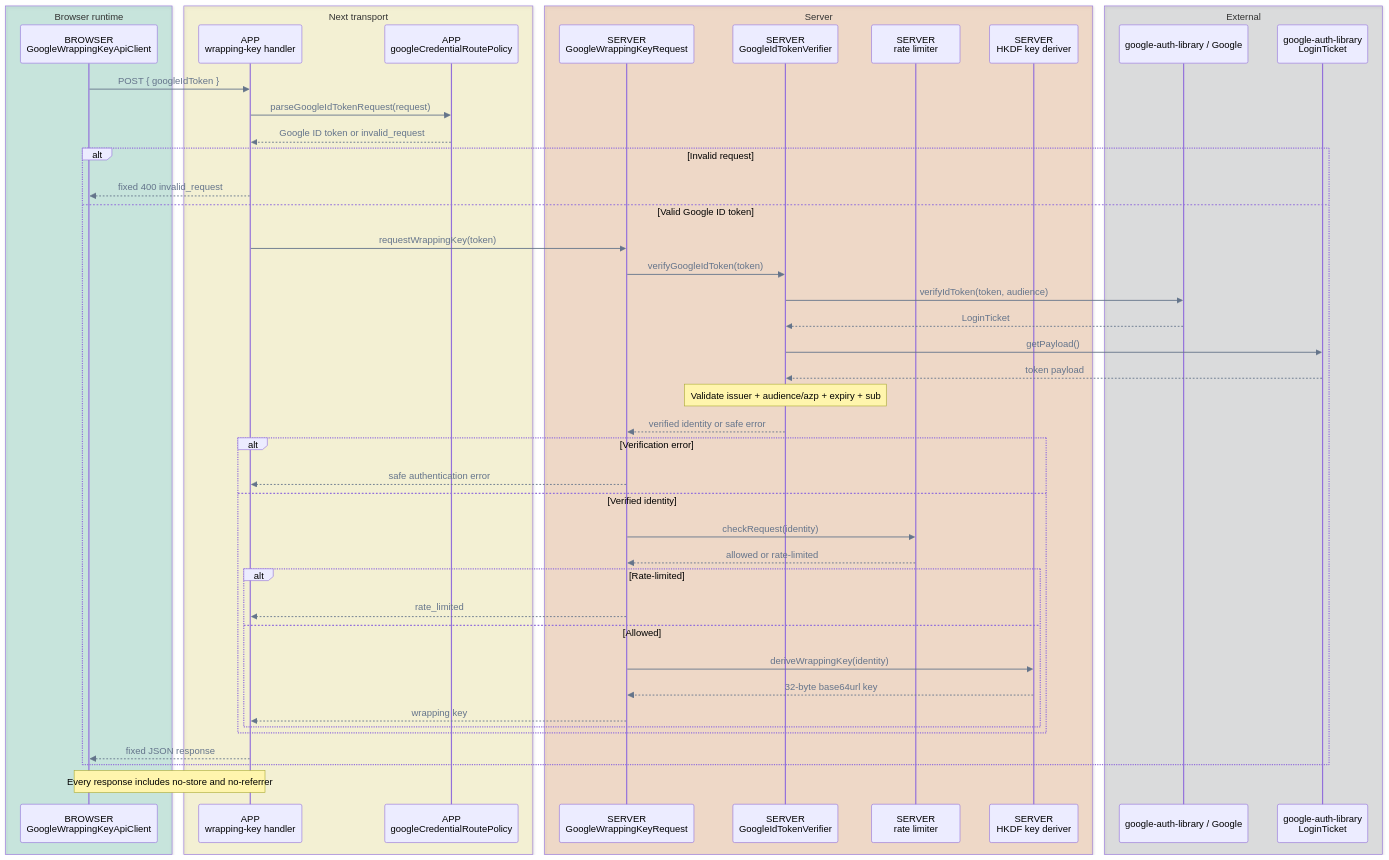
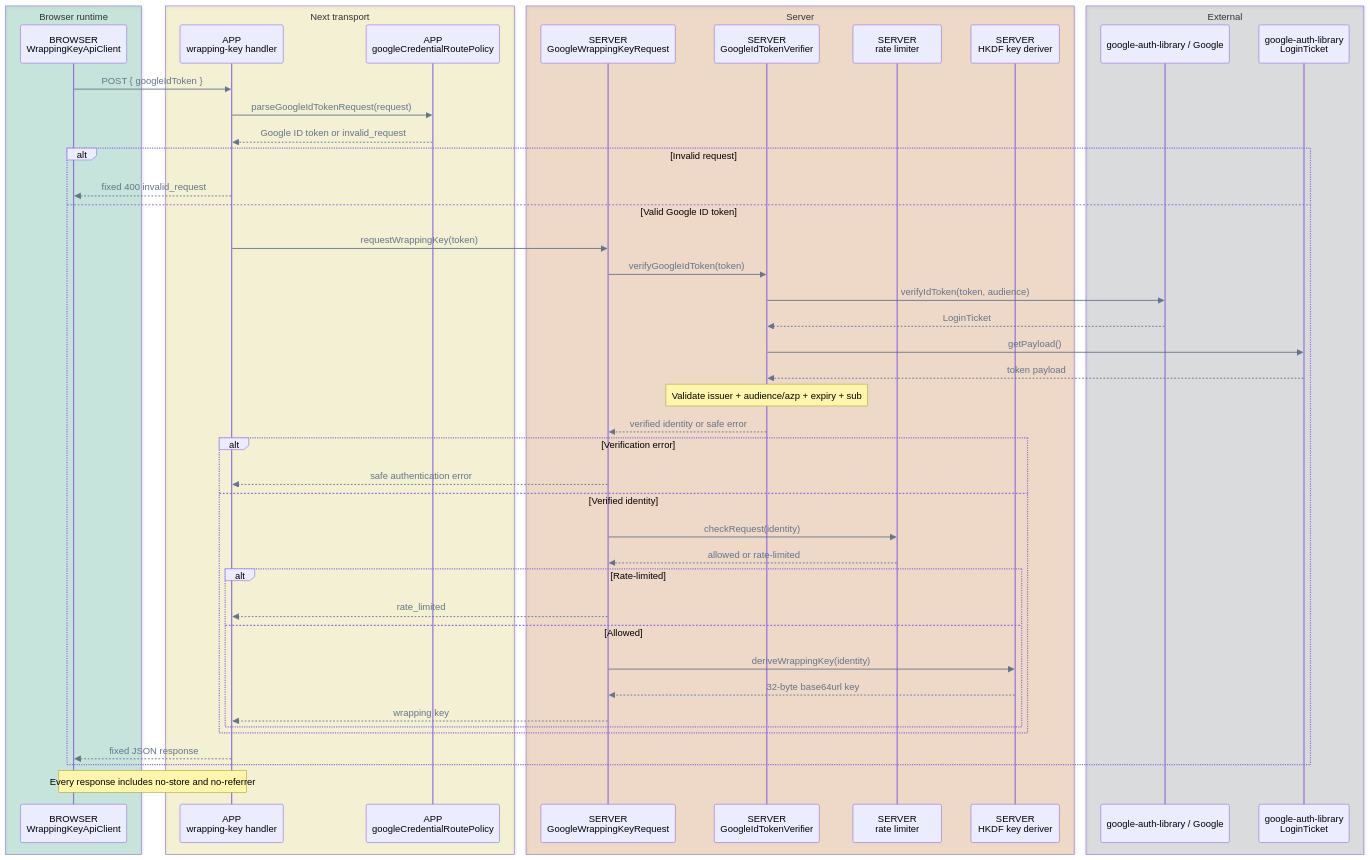
One commit to pubky/pubky-passport changed diagram 13 of 14 in FLOWS.md. Above: the diagram before and after it, drawn with Mermaid. The commit also changed other lines of this file and 8 other files, not shown here.

Commit message:
refactor: rename GoogleWrappingKeyApiClient to WrappingKeyApiClient and update related references

````diff
--- a/FLOWS.md
+++ b/FLOWS.md
@@ -770,54 +770,54 @@
 ```mermaid
 %%{init: {"themeVariables": {"signalColor": "#64748B", "signalTextColor": "#64748B"}}}%%
 sequenceDiagram
     accTitle: Google wrapping-key API call flow
     accDescr: The route validates its request, verifies provider-account claims, applies a keyed identity rate limit, and derives a wrapping key with HKDF.
     box rgba(0, 158, 115, 0.18) Browser runtime
-        participant Browser as BROWSER<br/>GoogleWrappingKeyApiClient
+        participant Browser as BROWSER<br/>WrappingKeyApiClient
     end
     box rgba(240, 228, 66, 0.18) Next transport
         participant Handler as APP<br/>wrapping-key handler
         participant Policy as APP<br/>googleCredentialRoutePolicy
     end
     box rgba(213, 94, 0, 0.18) Server
         participant Request as SERVER<br/>GoogleWrappingKeyRequest
         participant Verifier as SERVER<br/>GoogleIdTokenVerifier
         participant Limiter as SERVER<br/>rate limiter
         participant Deriver as SERVER<br/>HKDF key deriver
     end
     box rgba(17, 24, 39, 0.12) External
         participant Google as google-auth-library / Google
         participant Ticket as google-auth-library<br/>LoginTicket
     end
 
     Browser->>Handler: POST { googleIdToken }
     Handler->>Policy: parseGoogleIdTokenRequest(request)
     Policy-->>Handler: Google ID token or invalid_request
     alt Invalid request
         Handler-->>Browser: fixed 400 invalid_request
     else Valid Google ID token
         Handler->>Request: requestWrappingKey(token)
         Request->>Verifier: verifyGoogleIdToken(token)
         Verifier->>Google: verifyIdToken(token, audience)
         Google-->>Verifier: LoginTicket
         Verifier->>Ticket: getPayload()
         Ticket-->>Verifier: token payload
         Note over Verifier: Validate issuer + audience/azp + expiry + sub
         Verifier-->>Request: verified identity or safe error
         alt Verification error
             Request-->>Handler: safe authentication error
         else Verified identity
             Request->>Limiter: checkRequest(identity)
             Limiter-->>Request: allowed or rate-limited
             alt Rate-limited
                 Request-->>Handler: rate_limited
             else Allowed
                 Request->>Deriver: deriveWrappingKey(identity)
                 Deriver-->>Request: 32-byte base64url key
                 Request-->>Handler: wrapping key
             end
         end
         Handler-->>Browser: fixed JSON response
     end
     Note over Handler,Browser: Every response includes no-store and no-referrer
 ```
````
